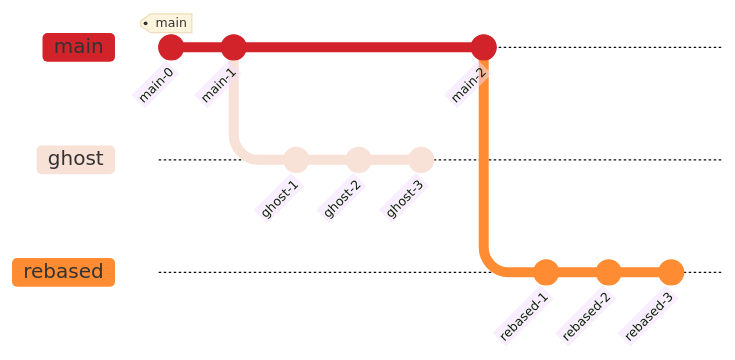
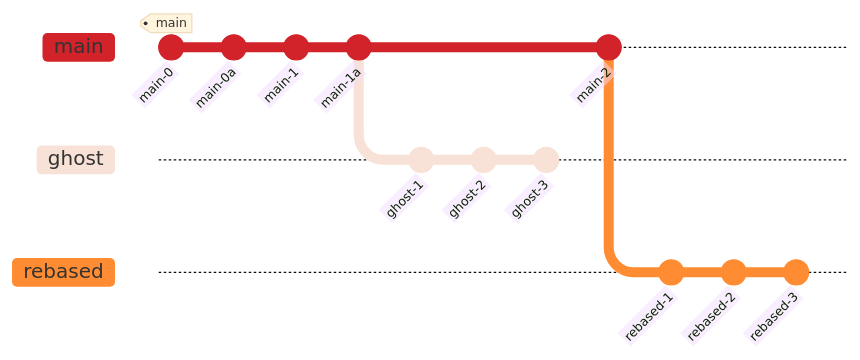
One commit to AlexanderStephenThompson/learning-git-and-github changed the second of 2 diagrams in docs/git-guide.md. Above: the diagram before and after it, drawn with Mermaid. The commit also changed other lines of this file, not shown here.

Commit message:
docs: add extra main commits to rebase diagram

````diff
--- a/docs/git-guide.md
+++ b/docs/git-guide.md
@@ -175,32 +172,34 @@
 ```mermaid
 %%{init: {
   "theme": "base",
   "gitGraph": {
     "direction": "LR",
     "showCommitLabel": true,
     "rotateCommitLabel": true,
     "mainBranchName": "main"
   },
   "themeVariables": {
     "git0": "#d2222a",
     "git1": "#f8e1d6",
     "git2": "#ff8c32"
   },
   "themeCSS": ".branch.branch-1 path { stroke-opacity: 0.2; stroke-dasharray: 6 5; } .branch.branch-1 .commit circle { opacity: 0.25; } .branch.branch-1 text { fill: #c48f82; opacity: 0.4; } .branch.branch-2 path { stroke-width: 3px; } .branch.branch-2 text { font-weight: 700; } .commit .commit-label { font-size: 10px; }"
 } }%%
 gitGraph LR:
   commit id: "main-0" tag: "main"
+  commit id: "main-0a"
   commit id: "main-1"
+  commit id: "main-1a"
   branch ghost
   checkout ghost
   commit id: "ghost-1"
   commit id: "ghost-2"
   commit id: "ghost-3"
   checkout main
   commit id: "main-2"
   branch rebased
   checkout rebased
   commit id: "rebased-1"
   commit id: "rebased-2"
   commit id: "rebased-3"
 ```
````
